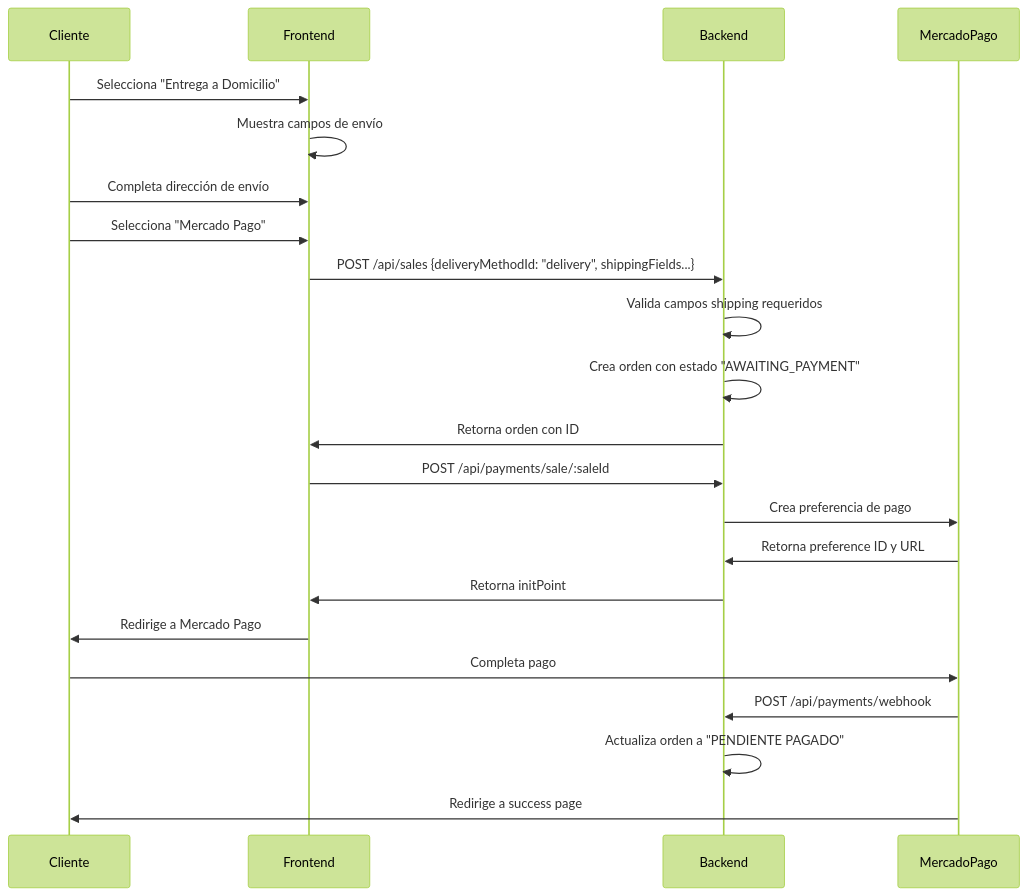
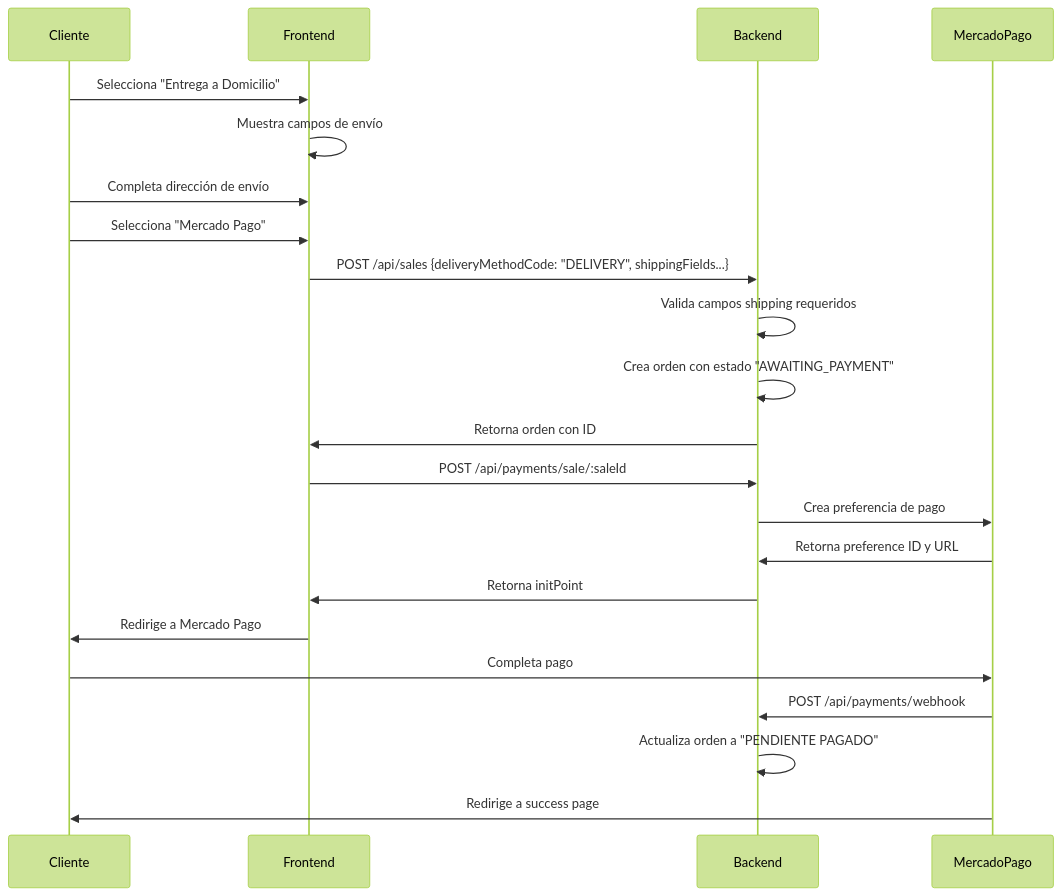
Before and after one commit to Ivetta-Luis-Alberto-114588/front-startup: the second of 3 diagrams in docs_backend/payment-methods-manual.md, drawn with Mermaid (forest theme). The commit also changed other lines of this file and 5 other files, not shown here.

````diff
--- a/docs_backend/payment-methods-manual.md
+++ b/docs_backend/payment-methods-manual.md
@@ -262,27 +321,27 @@
 ```mermaid
 sequenceDiagram
     participant C as Cliente
     participant F as Frontend
     participant B as Backend
     participant MP as MercadoPago
     
     C->>F: Selecciona "Entrega a Domicilio"
     F->>F: Muestra campos de envío
     C->>F: Completa dirección de envío
     C->>F: Selecciona "Mercado Pago"
-    F->>B: POST /api/sales {deliveryMethodId: "delivery", shippingFields...}
+    F->>B: POST /api/sales {deliveryMethodCode: "DELIVERY", shippingFields...}
     B->>B: Valida campos shipping requeridos
     B->>B: Crea orden con estado "AWAITING_PAYMENT"
     B->>F: Retorna orden con ID
     
     F->>B: POST /api/payments/sale/:saleId
     B->>MP: Crea preferencia de pago
     MP->>B: Retorna preference ID y URL
     B->>F: Retorna initPoint
     F->>C: Redirige a Mercado Pago
     
     C->>MP: Completa pago
     MP->>B: POST /api/payments/webhook
     B->>B: Actualiza orden a "PENDIENTE PAGADO"
     MP->>C: Redirige a success page
 ```
````
